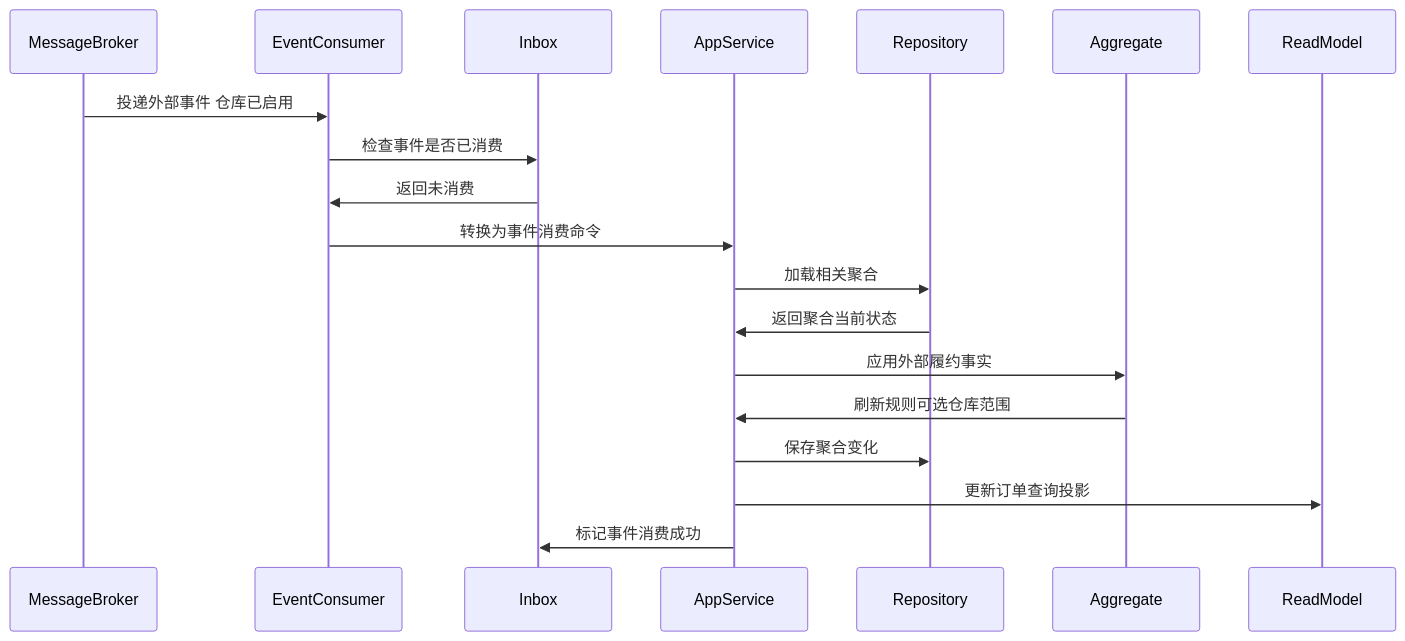
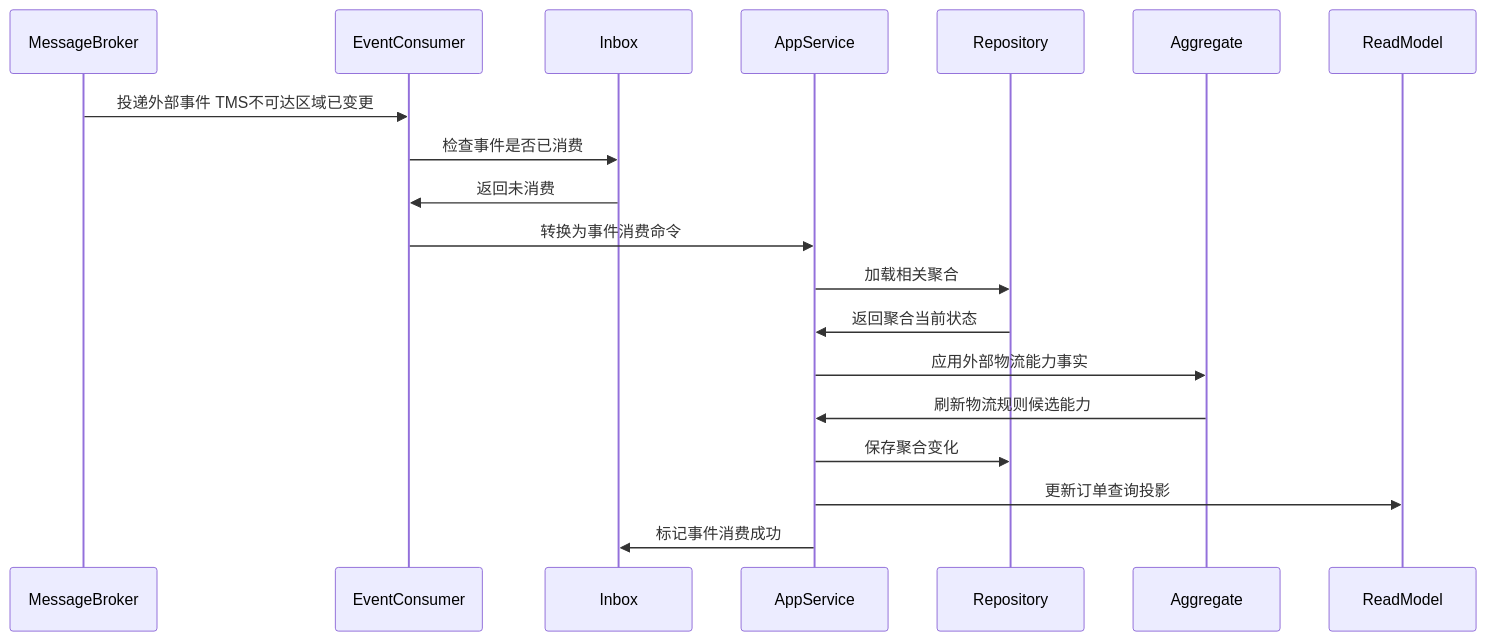
The fifth of 6 diagrams in docs/03-核心业务模型/05-OMS领域模型/07-OMS规则配置聚合CQRS设计.md (chao1927/scm), drawn with Mermaid before and after one commit. The commit also changed other lines of this file and 118 other files, not shown here.

````diff
--- a/docs/03-核心业务模型/05-OMS领域模型/07-OMS规则配置聚合CQRS设计.md
+++ b/docs/03-核心业务模型/05-OMS领域模型/07-OMS规则配置聚合CQRS设计.md
@@ -233,22 +240,22 @@
 ```mermaid
 sequenceDiagram
     participant MessageBroker
     participant EventConsumer
     participant Inbox
     participant AppService
     participant Repository
     participant Aggregate
     participant ReadModel
 
-    MessageBroker->>EventConsumer: 投递外部事件 仓库已启用
+    MessageBroker->>EventConsumer: 投递外部事件 TMS不可达区域已变更
     EventConsumer->>Inbox: 检查事件是否已消费
     Inbox->>EventConsumer: 返回未消费
     EventConsumer->>AppService: 转换为事件消费命令
     AppService->>Repository: 加载相关聚合
     Repository->>AppService: 返回聚合当前状态
-    AppService->>Aggregate: 应用外部履约事实
-    Aggregate->>AppService: 刷新规则可选仓库范围
+    AppService->>Aggregate: 应用外部物流能力事实
+    Aggregate->>AppService: 刷新物流规则候选能力
     AppService->>Repository: 保存聚合变化
     AppService->>ReadModel: 更新订单查询投影
     AppService->>Inbox: 标记事件消费成功
 ```
````
